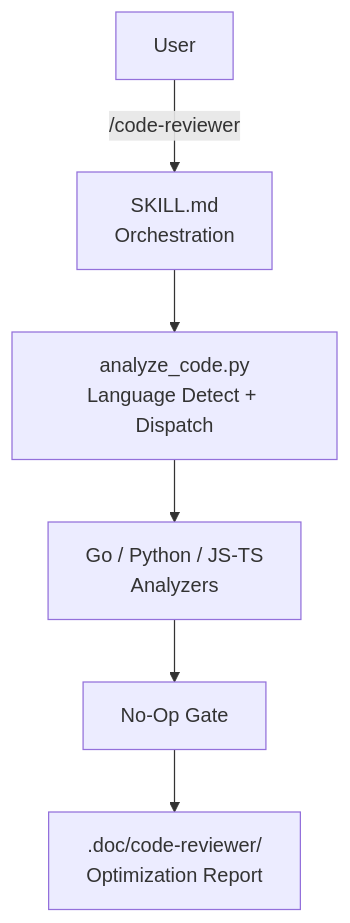
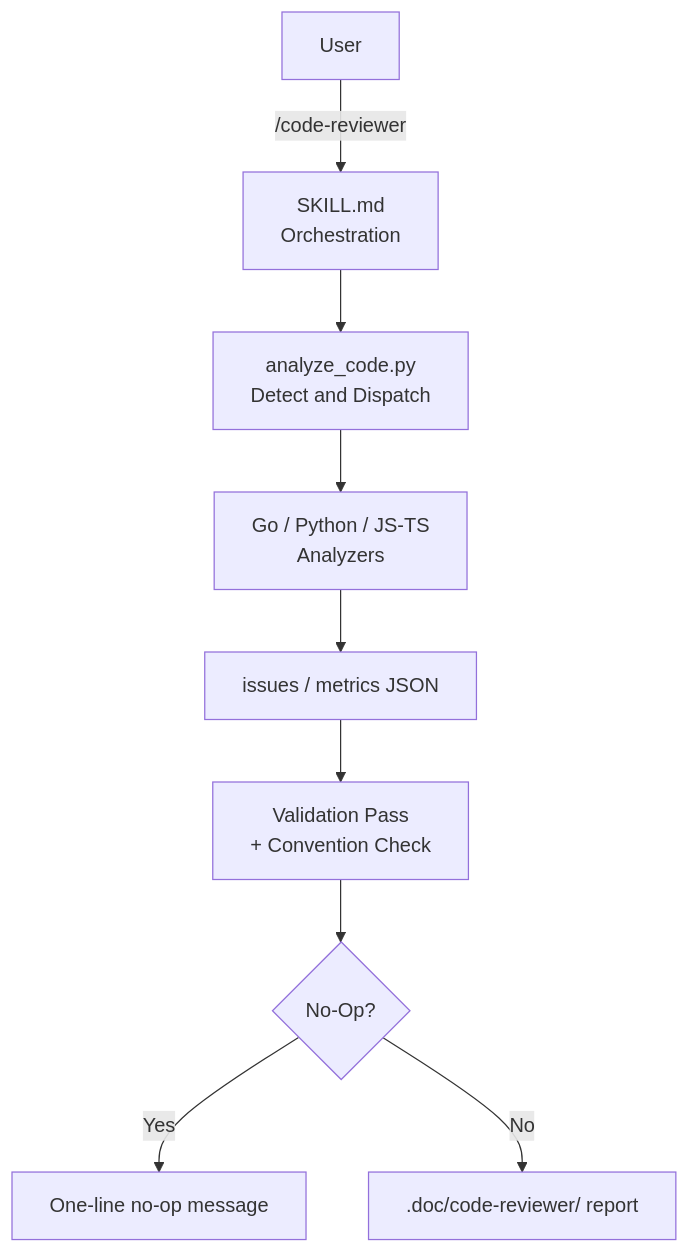
One commit to agenvoy/skill-code-reviewer changed the diagram in README.md. Above: the diagram before and after it, drawn with Mermaid. The commit also changed other lines of this file and 9 other files, not shown here.

Commit message:
feat: Add convention checks, validation pass, and Go issue snippets

````diff
--- a/README.md
+++ b/README.md
@@ -39,8 +39,11 @@
 ```mermaid
 graph TB
     User[User] -->|/code-reviewer| SKILL[SKILL.md<br/>Orchestration]
-    SKILL --> Analyze[analyze_code.py<br/>Language Detect + Dispatch]
+    SKILL --> Analyze[analyze_code.py<br/>Detect and Dispatch]
     Analyze --> Lang[Go / Python / JS-TS<br/>Analyzers]
-    Lang --> Gate[No-Op Gate]
-    Gate --> Output[.doc/code-reviewer/<br/>Optimization Report]
+    Lang --> JSON[issues / metrics JSON]
+    JSON --> Validate[Validation Pass<br/>+ Convention Check]
+    Validate --> Gate{No-Op?}
+    Gate -->|Yes| Msg[One-line no-op message]
+    Gate -->|No| Report[.doc/code-reviewer/ report]
 ```
````
